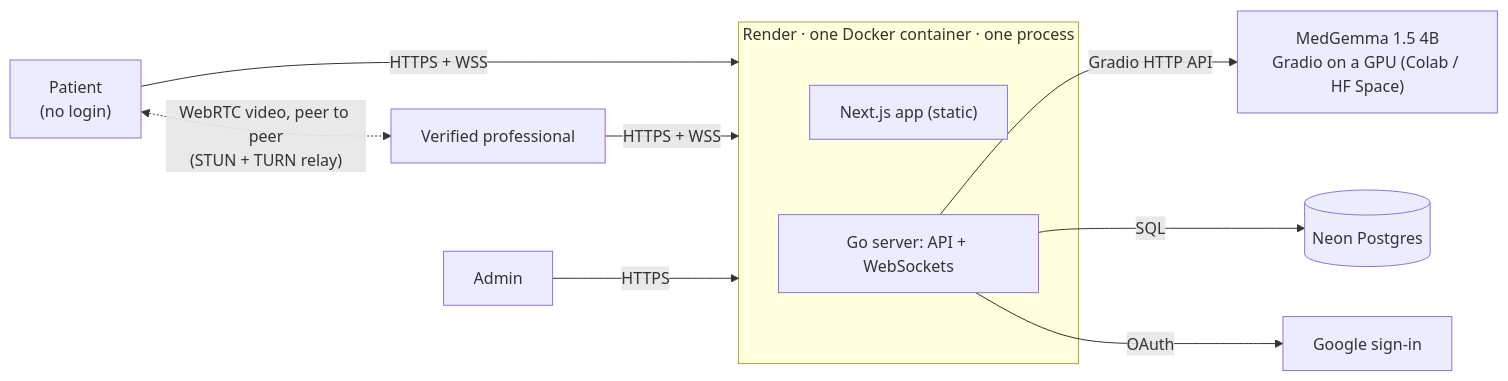
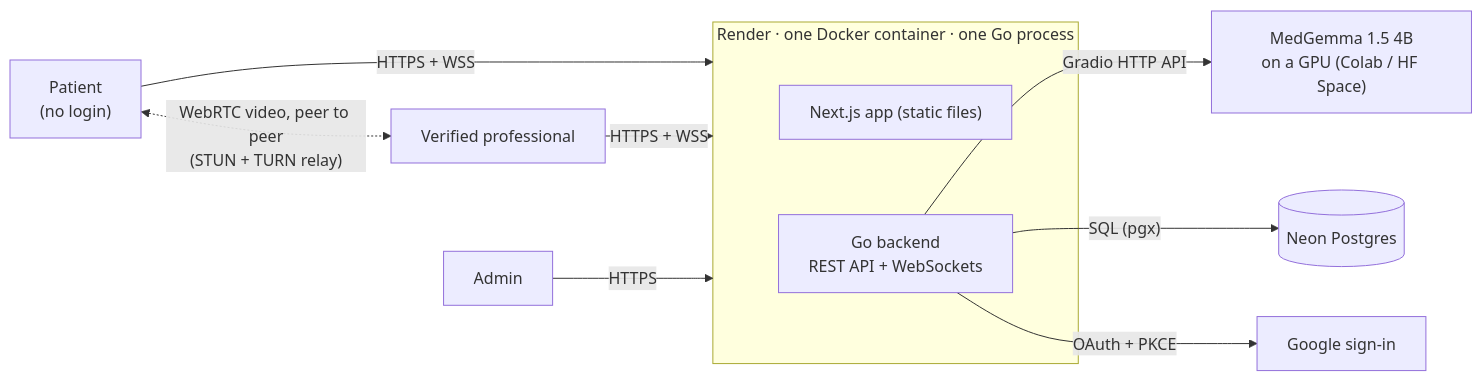
One commit to POOKIEE-DEVS/SwasthyaSetu changed the diagram in README.md. Above: the diagram before and after it, drawn with Mermaid. The commit also changed other lines of this file and 5 other files, not shown here.

````diff
--- a/README.md
+++ b/README.md
@@ -42,14 +42,14 @@
 ```mermaid
 flowchart LR
     P["Patient<br/>(no login)"] -- "HTTPS + WSS" --> R
     D["Verified professional"] -- "HTTPS + WSS" --> R
     A["Admin"] -- HTTPS --> R
-    subgraph R["Render · one Docker container · one process"]
-        FE["Next.js app (static)"]
-        API["Go server: API + WebSockets"]
+    subgraph R["Render · one Docker container · one Go process"]
+        FE["Next.js app (static files)"]
+        API["Go backend<br/>REST API + WebSockets"]
     end
-    API -- "Gradio HTTP API" --> M["MedGemma 1.5 4B<br/>Gradio on a GPU (Colab / HF Space)"]
-    API -- SQL --> DB[("Neon Postgres")]
-    API -- OAuth --> G["Google sign-in"]
+    API -- "Gradio HTTP API" --> M["MedGemma 1.5 4B<br/>on a GPU (Colab / HF Space)"]
+    API -- "SQL (pgx)" --> DB[("Neon Postgres")]
+    API -- "OAuth + PKCE" --> G["Google sign-in"]
     P <-. "WebRTC video, peer to peer<br/>(STUN + TURN relay)" .-> D
 ```
````
